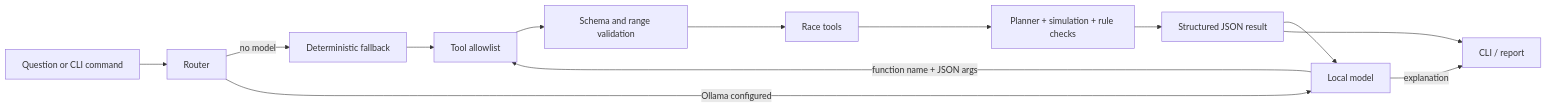
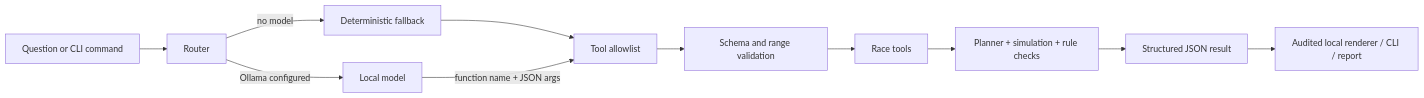
Before and after one commit to Dabi-init/endurance-stint-planner: the second of 2 diagrams in docs/AGENT_BRAIN.md, drawn with Mermaid. The commit also changed other lines of this file and 41 other files, not shown here.

````diff
--- a/docs/AGENT_BRAIN.md
+++ b/docs/AGENT_BRAIN.md
@@ -36,15 +36,13 @@
 ```mermaid
 flowchart LR
     Q["Question or CLI command"] --> R["Router"]
     R -->|"no model"| F["Deterministic fallback"]
     R -->|"Ollama configured"| M["Local model"]
     F --> G
     M -->|"function name + JSON args"| G["Tool allowlist"]
     G --> V["Schema and range validation"]
     V --> T["Race tools"]
     T --> P["Planner + simulation + rule checks"]
     P --> J["Structured JSON result"]
-    J --> M
-    J --> C["CLI / report"]
-    M -->|"explanation"| C
+    J --> C["Audited local renderer / CLI / report"]
 ```
````
